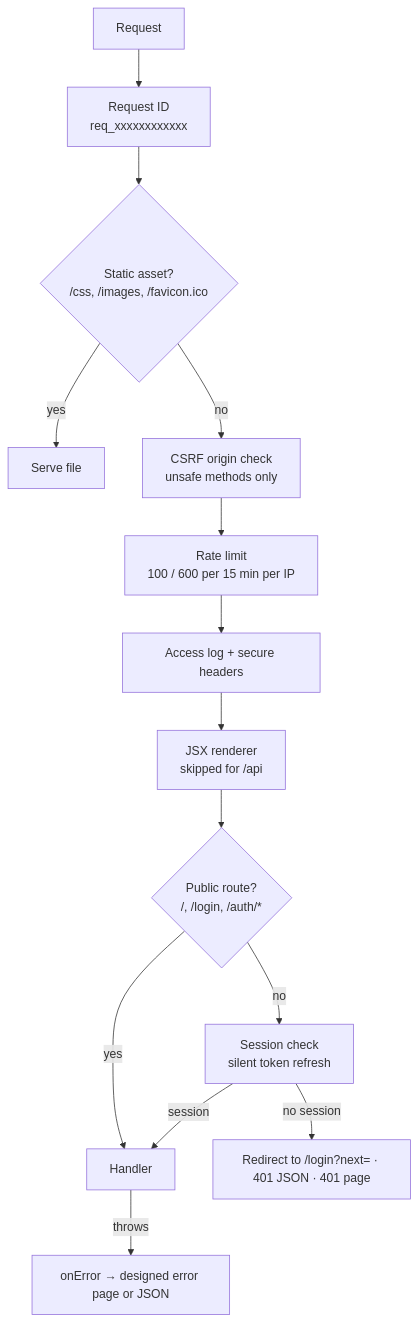
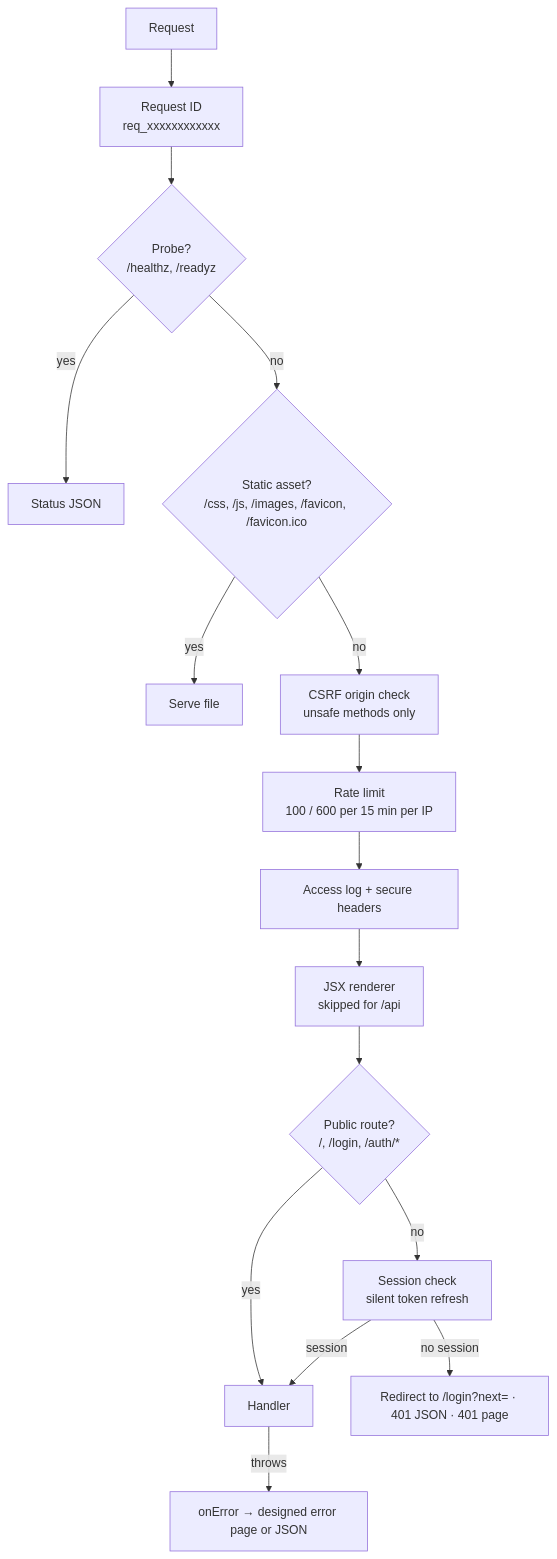
The second of 4 diagrams in docs/02-architecture.md (buildbysam/querylens), drawn with Mermaid before and after one commit. The commit also changed other lines of this file and 8 other files, not shown here.

````diff
--- a/docs/02-architecture.md
+++ b/docs/02-architecture.md
@@ -40,16 +40,18 @@
 ```mermaid
 flowchart TD
     A[Request] --> B[Request ID<br/>req_xxxxxxxxxxxx]
-    B --> C{Static asset?<br/>/css, /images, /favicon.ico}
+    B --> P{Probe?<br/>/healthz, /readyz}
+    P -->|yes| PR[Status JSON]
+    P -->|no| C{Static asset?<br/>/css, /js, /images, /favicon, /favicon.ico}
     C -->|yes| Z[Serve file]
     C -->|no| D[CSRF origin check<br/>unsafe methods only]
     D --> E[Rate limit<br/>100 / 600 per 15 min per IP]
     E --> F[Access log + secure headers]
     F --> G[JSX renderer<br/>skipped for /api]
     G --> H{Public route?<br/>/, /login, /auth/*}
     H -->|yes| R[Handler]
     H -->|no| I[Session check<br/>silent token refresh]
     I -->|no session| J[Redirect to /login?next= · 401 JSON · 401 page]
     I -->|session| R
     R -->|throws| K[onError → designed error page or JSON]
 ```
````
